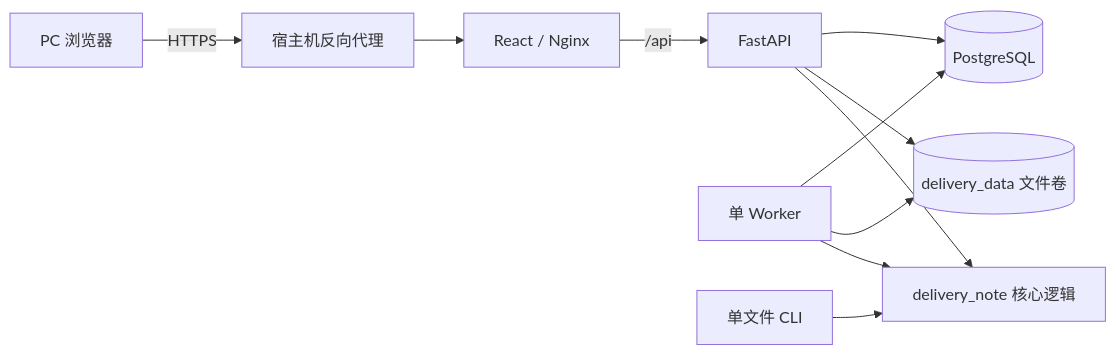
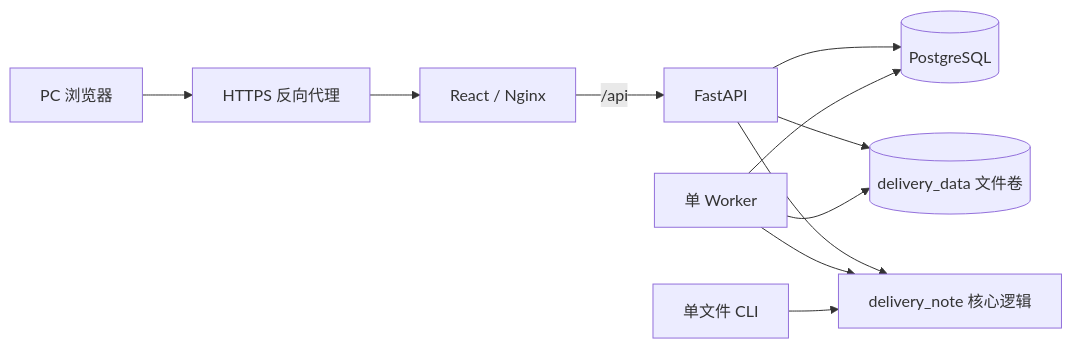
Before and after one commit to songtu2025/deliverynote: the diagram in README.md, drawn with Mermaid. The commit also changed other lines of this file, not shown here.

````diff
--- a/README.md
+++ b/README.md
@@ -97,13 +160,13 @@
 ```mermaid
 flowchart LR
-    U[PC 浏览器] -->|HTTPS| P[宿主机反向代理]
+    U[PC 浏览器] --> P[HTTPS 反向代理]
     P --> W[React / Nginx]
     W -->|/api| A[FastAPI]
     A --> D[(PostgreSQL)]
     A --> F[(delivery_data 文件卷)]
     Q[单 Worker] --> D
     Q --> F
-    C[单文件 CLI] --> K[delivery_note 核心逻辑]
-    A --> K
-    Q --> K
+    A --> C[delivery_note 核心逻辑]
+    Q --> C
+    L[单文件 CLI] --> C
 ```
````
